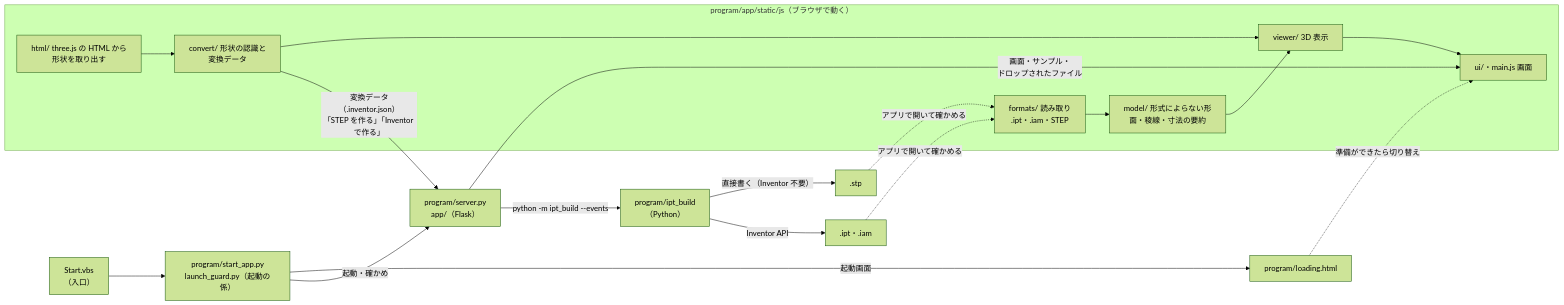
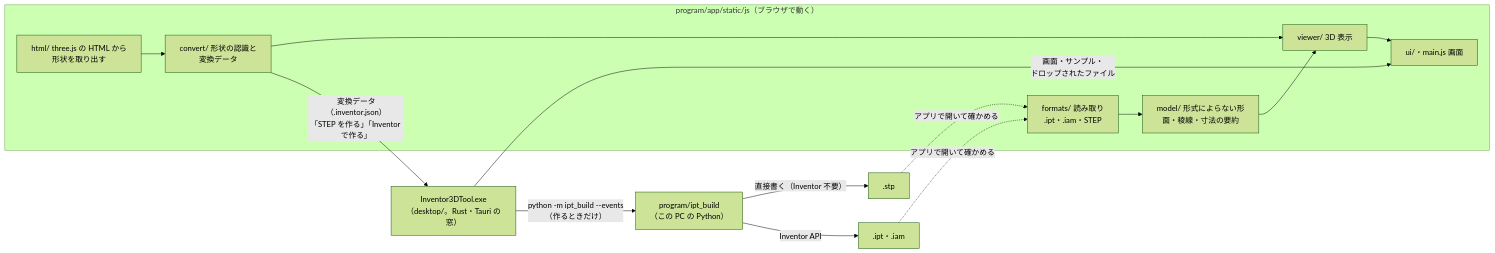
Before and after one commit to satoshi-hello-vlioilv/Inventor: the diagram in README.md, drawn with Mermaid (forest theme). The commit also changed other lines of this file and 63 other files, not shown here.

First line of the commit message:
Move to a desktop app: a Tauri (Rust) window replaces Flask and the VBS launcher

````diff
--- a/README.md
+++ b/README.md
@@ -95,21 +98,17 @@
 ```mermaid
 flowchart LR
-  VBS["Start.vbs<br/>（入口）"] --> SA["program/start_app.py<br/>launch_guard.py（起動の係）"]
-  SA -- "起動画面" --> LOAD["program/loading.html"]
-  SA -- "起動・確かめ" --> SRV["program/server.py<br/>app/（Flask）"]
-  LOAD -. "準備ができたら切り替え" .-> UI
-  SRV -- "画面・サンプル・<br/>ドロップされたファイル" --> UI
+  EXE["Inventor3DTool.exe<br/>（desktop/。Rust・Tauri の窓）"] -- "画面・サンプル・<br/>ドロップされたファイル" --> UI
   subgraph js["program/app/static/js（ブラウザで動く）"]
     F["formats/ 読み取り<br/>.ipt・.iam・STEP"] --> M["model/ 形式によらない形<br/>面・稜線・寸法の要約"]
     H["html/ three.js の HTML から<br/>形状を取り出す"] --> C["convert/ 形状の認識と<br/>変換データ"]
     M --> V["viewer/ 3D 表示"]
     C --> V
     V --> UI["ui/・main.js 画面"]
   end
-  C -- "変換データ（.inventor.json）<br/>「STEP を作る」「Inventor で作る」" --> SRV
-  SRV -- "python -m ipt_build --events" --> B["program/ipt_build<br/>（Python）"]
+  C -- "変換データ（.inventor.json）<br/>「STEP を作る」「Inventor で作る」" --> EXE
+  EXE -- "python -m ipt_build --events<br/>（作るときだけ）" --> B["program/ipt_build<br/>（この PC の Python）"]
   B -- "直接書く（Inventor 不要）" --> STP[".stp"]
   B -- "Inventor API" --> OUT[".ipt・.iam"]
   STP -. "アプリで開いて確かめる" .-> F
   OUT -. "アプリで開いて確かめる" .-> F
 ```
````
